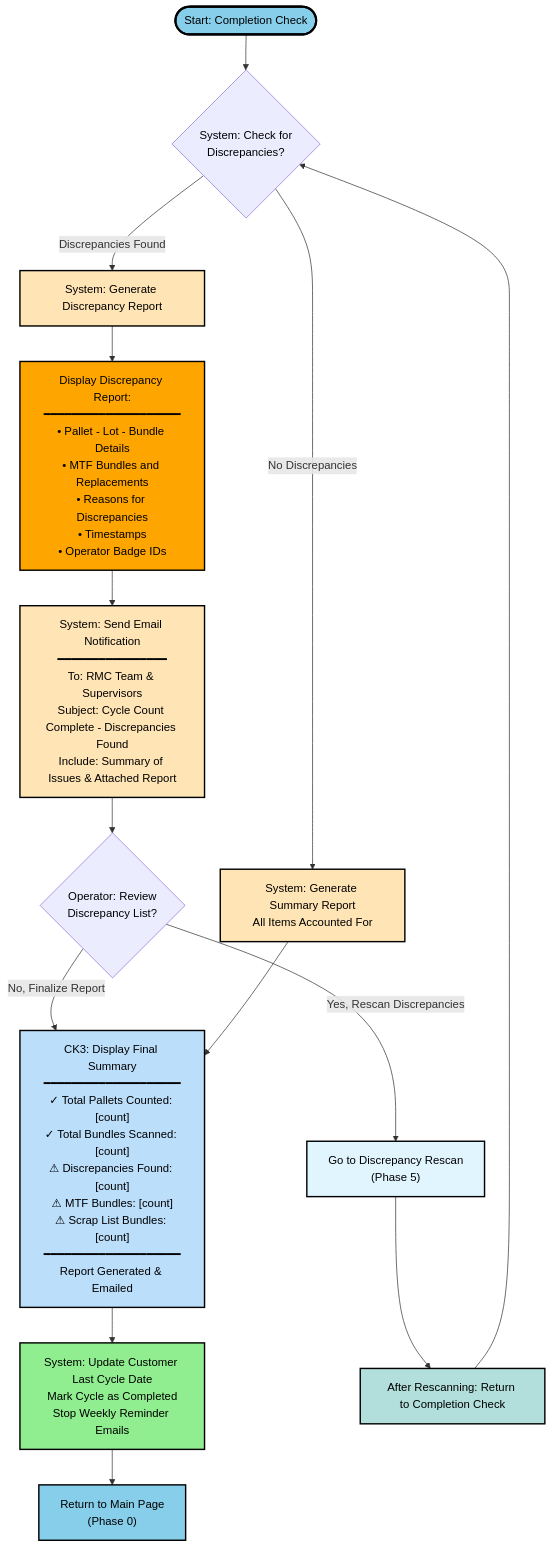
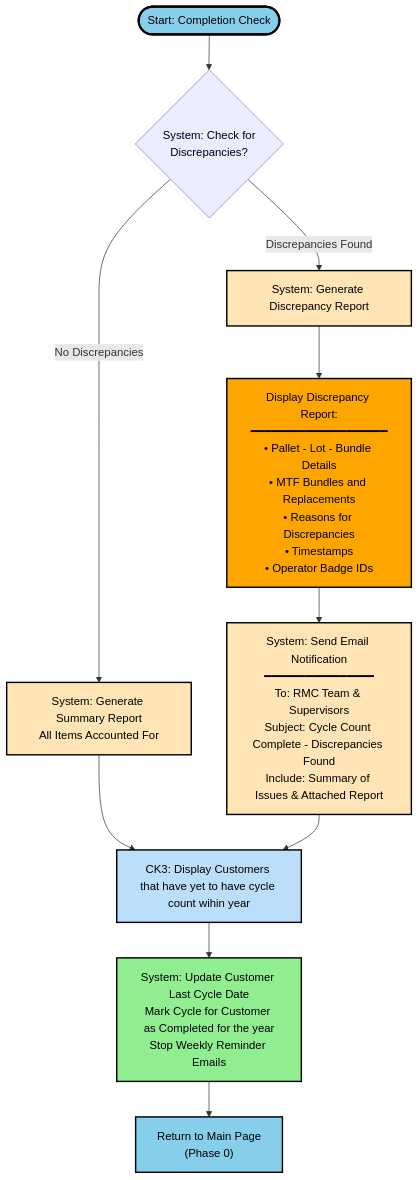
Before and after one commit to kohjs/RMC-Cycle-Count: the seventh of 8 diagrams in workflow.md, drawn with Mermaid. The commit also changed other lines of this file and 1 other file, not shown here.

````diff
--- a/workflow.md
+++ b/workflow.md
@@ -254,30 +261,23 @@
 ```mermaid
 flowchart TD
     Start(["Start: Completion Check"]) --> DC1{"System: Check for<br>Discrepancies?"}
-    DC1 -- "Discrepancies Found" --> DC2["System: Generate Discrepancy Report"]
+    DC1 -- Discrepancies Found --> DC2["System: Generate Discrepancy Report"]
     DC2 --> DC3["Display Discrepancy Report:<br>━━━━━━━━━━━━━━━━━━━━<br>• Pallet - Lot - Bundle Details<br>• MTF Bundles and Replacements<br>• Reasons for Discrepancies<br>• Timestamps<br>• Operator Badge IDs"]
     DC3 --> DC4["System: Send Email Notification<br>━━━━━━━━━━━━━━━━<br>To: RMC Team &amp; Supervisors<br>Subject: Cycle Count Complete - Discrepancies Found<br>Include: Summary of Issues &amp; Attached Report"]
-    DC4 --> n1{"Operator: Review<br>Discrepancy List?"}
-    n1 -- "Yes, Rescan Discrepancies" --> n2["Go to Discrepancy Rescan<br>(Phase 5)"]
-    n1 -- "No, Finalize Report" --> DC5["CK3: Display Final Summary<br>━━━━━━━━━━━━━━━━━━━━<br>✓ Total Pallets Counted: [count]<br>✓ Total Bundles Scanned: [count]<br>⚠ Discrepancies Found: [count]<br>⚠ MTF Bundles: [count]<br>⚠ Scrap List Bundles: [count]<br>━━━━━━━━━━━━━━━━━━━━<br>Report Generated &amp; Emailed"]
-    DC1 -- "No Discrepancies" --> ND1["System: Generate Summary Report<br>All Items Accounted For"]
-    ND1 --> DC5
-    DC5 --> NEXT2["System: Update Customer Last Cycle Date<br>Mark Cycle as Completed<br>Stop Weekly Reminder Emails"]
+    DC1 -- No Discrepancies --> ND1["System: Generate Summary Report<br>All Items Accounted For"]
+    ND1 --> DC5["CK3: Display Customers that have yet to have cycle count wihin year<br>"]
+    DC5 --> NEXT2["System: Update Customer Last Cycle Date<br>Mark Cycle for Customer as Completed for the year<br>Stop Weekly Reminder Emails"]
     NEXT2 --> Restart["Return to Main Page<br>(Phase 0)"]
-    n2 --> n3["After Rescanning: Return to Completion Check"]
-    n3 --> DC1
+    DC4 --> DC5
 
     style Start fill:#87CEEB,stroke:#000,stroke-width:3px,color:#000
     style DC1 color:#000
     style DC2 fill:#FFE4B5,stroke:#000,stroke-width:2px,color:#000
     style DC3 fill:#FFA500,stroke:#000,stroke-width:2px,color:#000
     style DC4 fill:#FFE4B5,stroke:#000,stroke-width:2px,color:#000
-    style n1 color:#000
-    style n2 fill:#E1F5FE,stroke:#000,stroke-width:2px,color:#000
-    style n3 fill:#B2DFDB,stroke:#000,stroke-width:2px,color:#000
+    style ND1 fill:#FFE4B5,stroke:#000,stroke-width:2px,color:#000
     style DC5 fill:#BBDEFB,stroke:#000,stroke-width:2px,color:#000
-    style ND1 fill:#FFE4B5,stroke:#000,stroke-width:2px,color:#000
     style NEXT2 fill:#90EE90,stroke:#000,stroke-width:2px,color:#000
     style Restart fill:#87CEEB,stroke:#000,stroke-width:2px,color:#000
 
 ```
````
